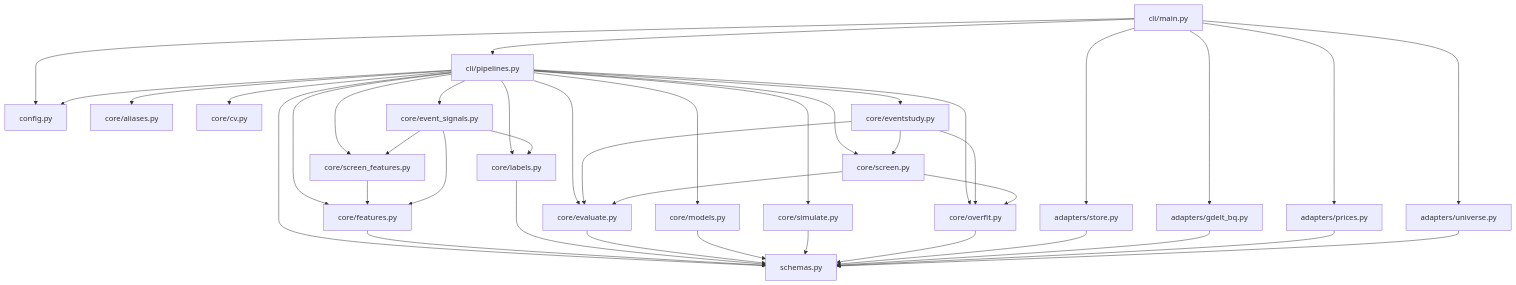
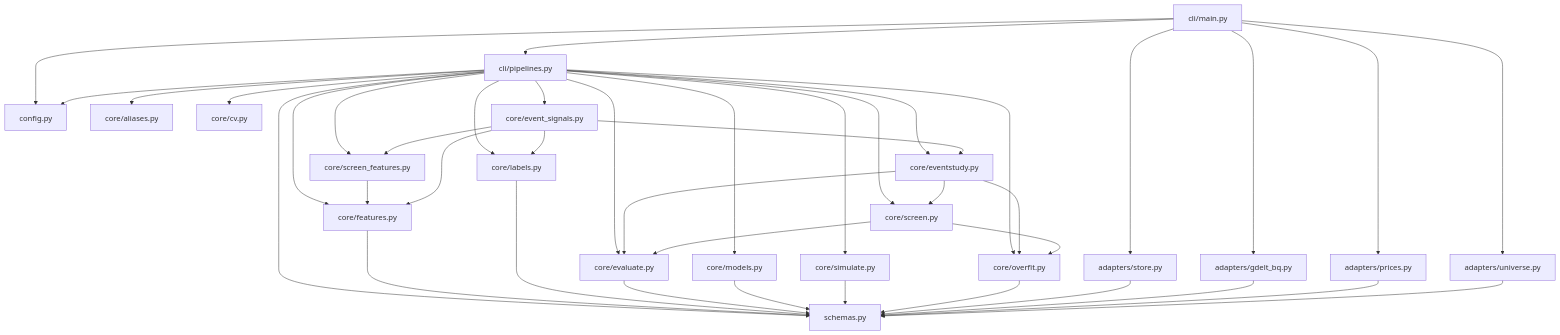
Before and after one commit to Boyao0305/eventtrade-gdelt: the first of 2 diagrams in docs/components/cli.md, drawn with Mermaid. The commit also changed other lines of this file and 8 other files, not shown here.

````diff
--- a/docs/components/cli.md
+++ b/docs/components/cli.md
@@ -3,42 +3,43 @@
 ```mermaid
 flowchart TD
     main[cli/main.py] --> pipelines[cli/pipelines.py]
     main --> store[adapters/store.py]
     main --> gdelt_bq[adapters/gdelt_bq.py]
     main --> prices[adapters/prices.py]
     main --> universe[adapters/universe.py]
     main --> config[config.py]
     pipelines --> config
     pipelines --> aliases[core/aliases.py]
     pipelines --> features[core/features.py]
     pipelines --> labels[core/labels.py]
     pipelines --> evaluate[core/evaluate.py]
     pipelines --> cv[core/cv.py]
     pipelines --> models[core/models.py]
     pipelines --> simulate[core/simulate.py]
     pipelines --> overfit[core/overfit.py]
     pipelines --> screen_features[core/screen_features.py]
     pipelines --> screen[core/screen.py]
     pipelines --> event_signals[core/event_signals.py]
     pipelines --> eventstudy[core/eventstudy.py]
     pipelines --> schemas[schemas.py]
     screen_features --> features
     event_signals --> features
     event_signals --> labels
     event_signals --> screen_features
+    event_signals --> eventstudy
     eventstudy --> evaluate
     eventstudy --> overfit
     eventstudy --> screen
     screen --> evaluate
     screen --> overfit
     features --> schemas
     labels --> schemas
     evaluate --> schemas
     models --> schemas
     simulate --> schemas
     overfit --> schemas
     store --> schemas
     gdelt_bq --> schemas
     prices --> schemas
     universe --> schemas
 ```
````
